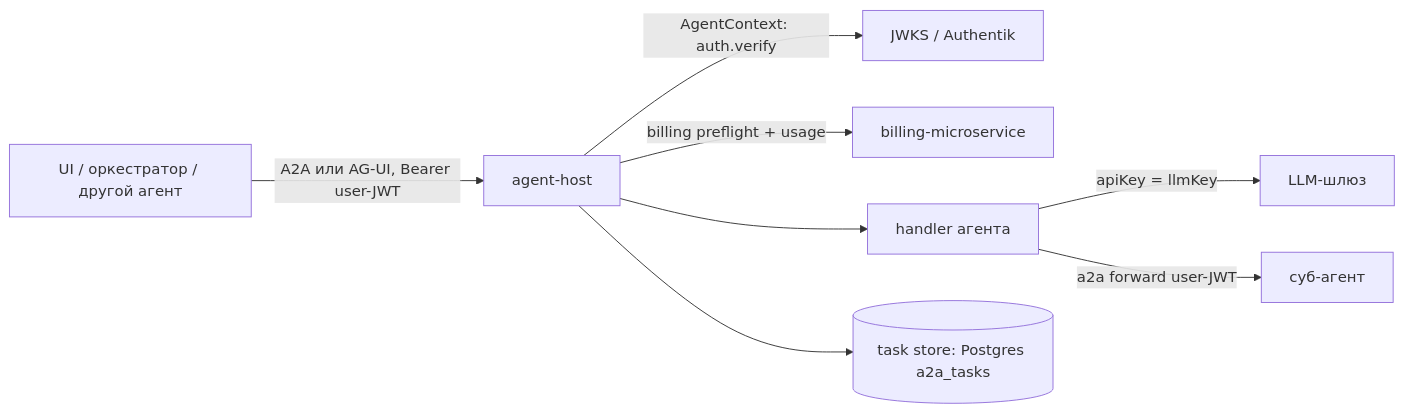
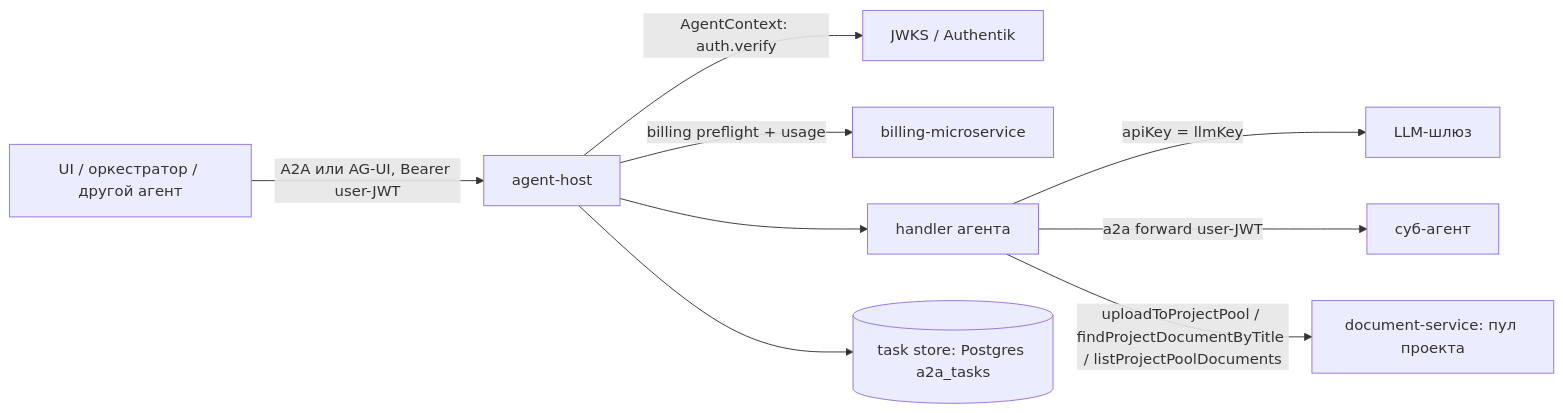
The first of 2 diagrams in README.md (AI-37/ai37-agent-sdk), drawn with Mermaid before and after one commit. The commit also changed other lines of this file, not shown here.

````diff
--- a/README.md
+++ b/README.md
@@ -21,10 +23,11 @@
 ```mermaid
 flowchart LR
   C[UI / оркестратор / другой агент] -->|A2A или AG-UI, Bearer user-JWT| H[agent-host]
   H -->|AgentContext: auth.verify| J[JWKS / Authentik]
   H -->|billing preflight + usage| B[billing-microservice]
   H --> A[handler агента]
   A -->|apiKey = llmKey| L[LLM-шлюз]
   A -->|a2a forward user-JWT| S[суб-агент]
   H --> T[(task store: Postgres a2a_tasks)]
+  A -->|uploadToProjectPool / findProjectDocumentByTitle / listProjectPoolDocuments| D[document-service: пул проекта]
 ```
````
